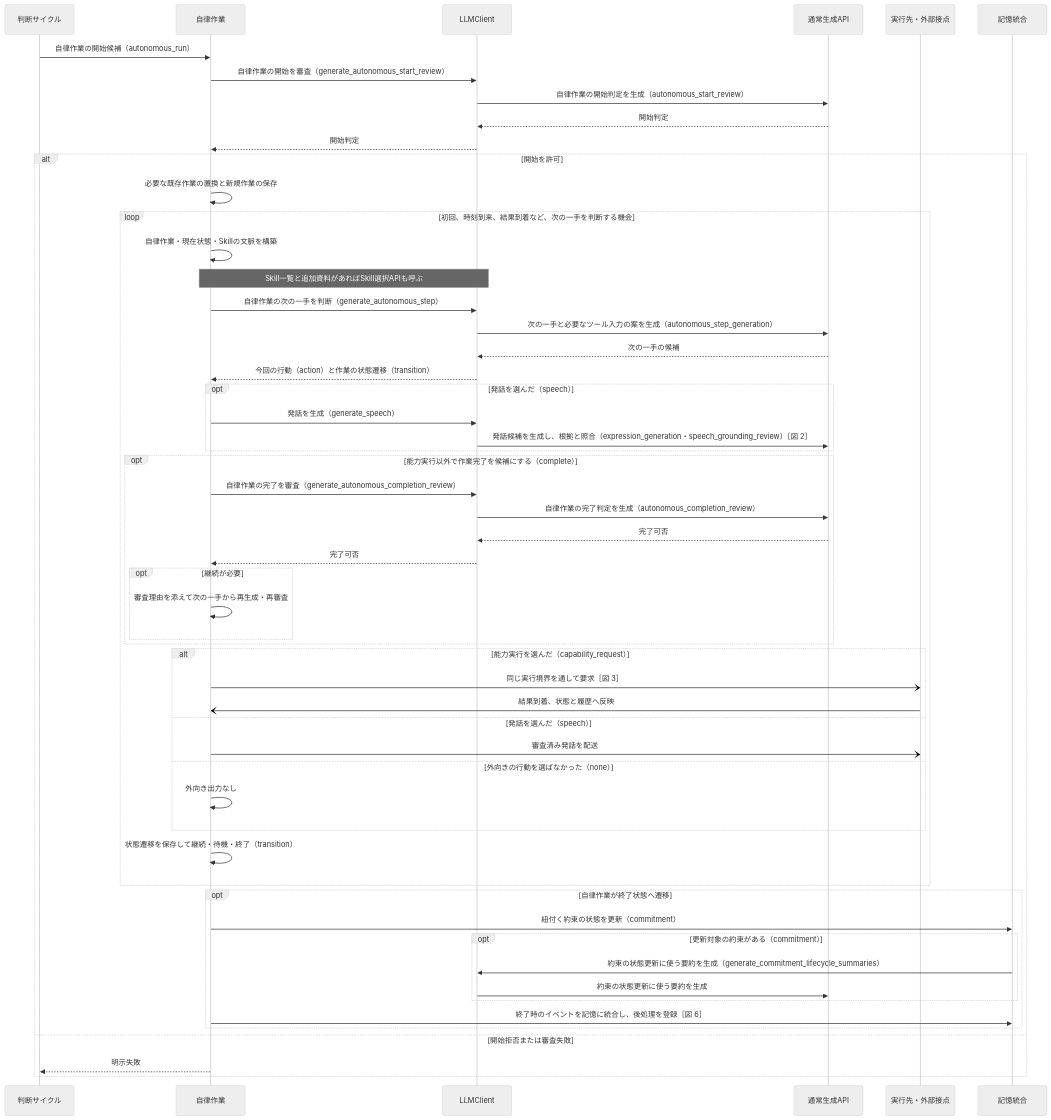
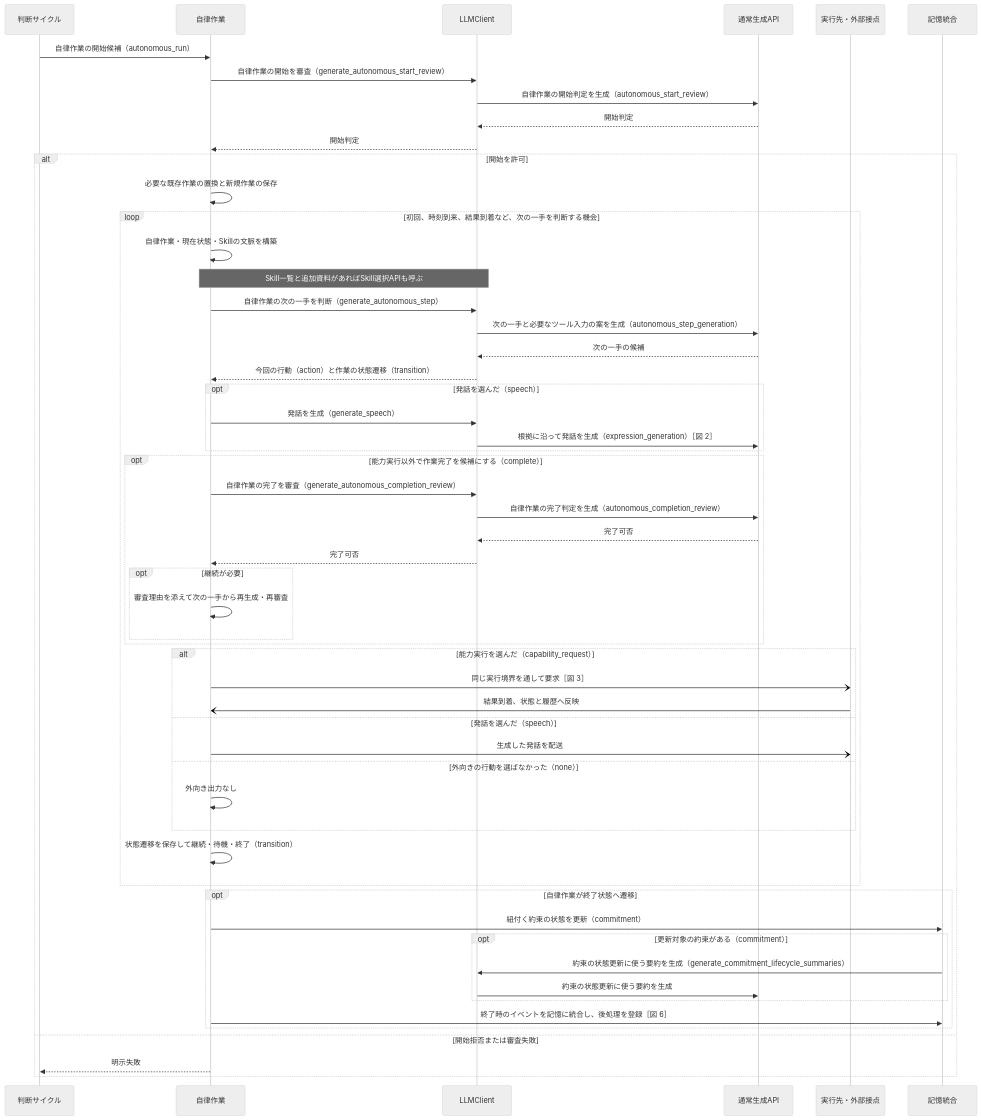
One commit to hirona98/OtomeKairo changed the fifth of 7 diagrams in docs/design/llm/LLM呼び出しシーケンス.md. Above: the diagram before and after it, drawn with Mermaid (neutral theme). The commit also changed other lines of this file and 18 other files, not shown here.

````diff
--- a/docs/design/llm/LLM呼び出しシーケンス.md
+++ b/docs/design/llm/LLM呼び出しシーケンス.md
@@ -303,58 +301,58 @@
 ```mermaid
 sequenceDiagram
     participant C as 判断サイクル
     participant A as 自律作業
     participant L as LLMClient
     participant G as 通常生成API
     participant X as 実行先・外部接点
     participant M as 記憶統合
 
     C->>A: 自律作業の開始候補（autonomous_run）
     A->>L: 自律作業の開始を審査（generate_autonomous_start_review）
     L->>G: 自律作業の開始判定を生成（autonomous_start_review）
     G-->>L: 開始判定
     L-->>A: 開始判定
     alt 開始を許可
         A->>A: 必要な既存作業の置換と新規作業の保存
         loop 初回、時刻到来、結果到着など、次の一手を判断する機会
             A->>A: 自律作業・現在状態・Skillの文脈を構築
             Note over A,L: Skill一覧と追加資料があればSkill選択APIも呼ぶ
             A->>L: 自律作業の次の一手を判断（generate_autonomous_step）
             L->>G: 次の一手と必要なツール入力の案を生成（autonomous_step_generation）
             G-->>L: 次の一手の候補
             L-->>A: 今回の行動（action）と作業の状態遷移（transition）
             opt 発話を選んだ（speech）
                 A->>L: 発話を生成（generate_speech）
-                L->>G: 発話候補を生成し、根拠と照合（expression_generation・speech_grounding_review）［図 2］
+                L->>G: 根拠に沿って発話を生成（expression_generation）［図 2］
             end
             opt 能力実行以外で作業完了を候補にする（complete）
                 A->>L: 自律作業の完了を審査（generate_autonomous_completion_review）
                 L->>G: 自律作業の完了判定を生成（autonomous_completion_review）
                 G-->>L: 完了可否
                 L-->>A: 完了可否
                 opt 継続が必要
                     A->>A: 審査理由を添えて次の一手から再生成・再審査
                 end
             end
             alt 能力実行を選んだ（capability_request）
                 A-)X: 同じ実行境界を通して要求［図 3］
                 X-)A: 結果到着、状態と履歴へ反映
             else 発話を選んだ（speech）
-                A-)X: 審査済み発話を配送
+                A-)X: 生成した発話を配送
             else 外向きの行動を選ばなかった（none）
                 A->>A: 外向き出力なし
             end
             A->>A: 状態遷移を保存して継続・待機・終了（transition）
         end
         opt 自律作業が終了状態へ遷移
             A->>M: 紐付く約束の状態を更新（commitment）
             opt 更新対象の約束がある（commitment）
                 M->>L: 約束の状態更新に使う要約を生成（generate_commitment_lifecycle_summaries）
                 L->>G: 約束の状態更新に使う要約を生成
             end
             A->>M: 終了時のイベントを記憶に統合し、後処理を登録［図 6］
         end
     else 開始拒否または審査失敗
         A-->>C: 明示失敗
     end
 ```
````
